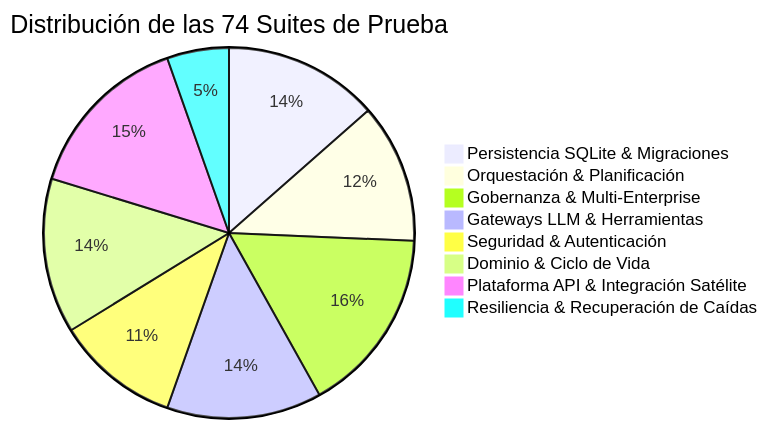
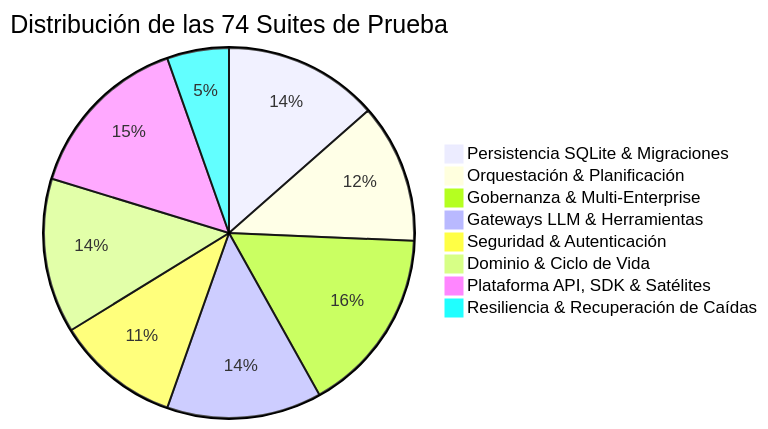
One commit to johangonzahenri/ai-operating-platform changed the diagram in docs/TEST_ARCHITECTURE.md. Above: the diagram before and after it, drawn with Mermaid. The commit also changed other lines of this file and 24 other files, not shown here.

````diff
--- a/docs/TEST_ARCHITECTURE.md
+++ b/docs/TEST_ARCHITECTURE.md
@@ -15,11 +15,11 @@
 ```mermaid
 pie title Distribución de las 74 Suites de Prueba
     "Persistencia SQLite & Migraciones" : 10
     "Orquestación & Planificación" : 9
     "Gobernanza & Multi-Enterprise" : 12
     "Gateways LLM & Herramientas" : 10
     "Seguridad & Autenticación" : 8
     "Dominio & Ciclo de Vida" : 10
-    "Plataforma API & Integración Satélite" : 11
+    "Plataforma API, SDK & Satélites" : 11
     "Resiliencia & Recuperación de Caídas" : 4
 ```
````
